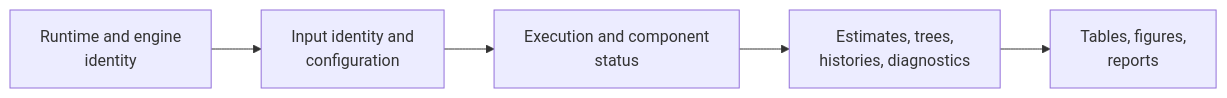
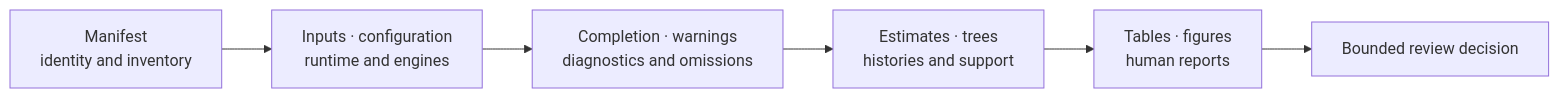
Before and after one commit to bijux/bijux-phylogenetics: the diagram in docs/01-bijux-phylogenetics/interfaces/artifact-consumption-guide.md, drawn with Mermaid. The commit also changed other lines of this file and 4 other files, not shown here.

````diff
--- a/docs/01-bijux-phylogenetics/interfaces/artifact-consumption-guide.md
+++ b/docs/01-bijux-phylogenetics/interfaces/artifact-consumption-guide.md
@@ -38,10 +17,11 @@
 ```mermaid
 flowchart LR
-    producer["Runtime and engine<br/>identity"]
-    inputs["Input identity and<br/>configuration"]
-    status["Execution and component<br/>status"]
-    values["Estimates, trees,<br/>histories, diagnostics"]
-    presentation["Tables, figures,<br/>reports"]
+    manifest["Manifest<br/>identity and inventory"]
+    provenance["Inputs · configuration<br/>runtime and engines"]
+    status["Completion · warnings<br/>diagnostics and omissions"]
+    values["Estimates · trees<br/>histories and support"]
+    views["Tables · figures<br/>human reports"]
+    decision["Bounded review decision"]
 
-    producer --> inputs --> status --> values --> presentation
+    manifest --> provenance --> status --> values --> views --> decision
 ```
````
